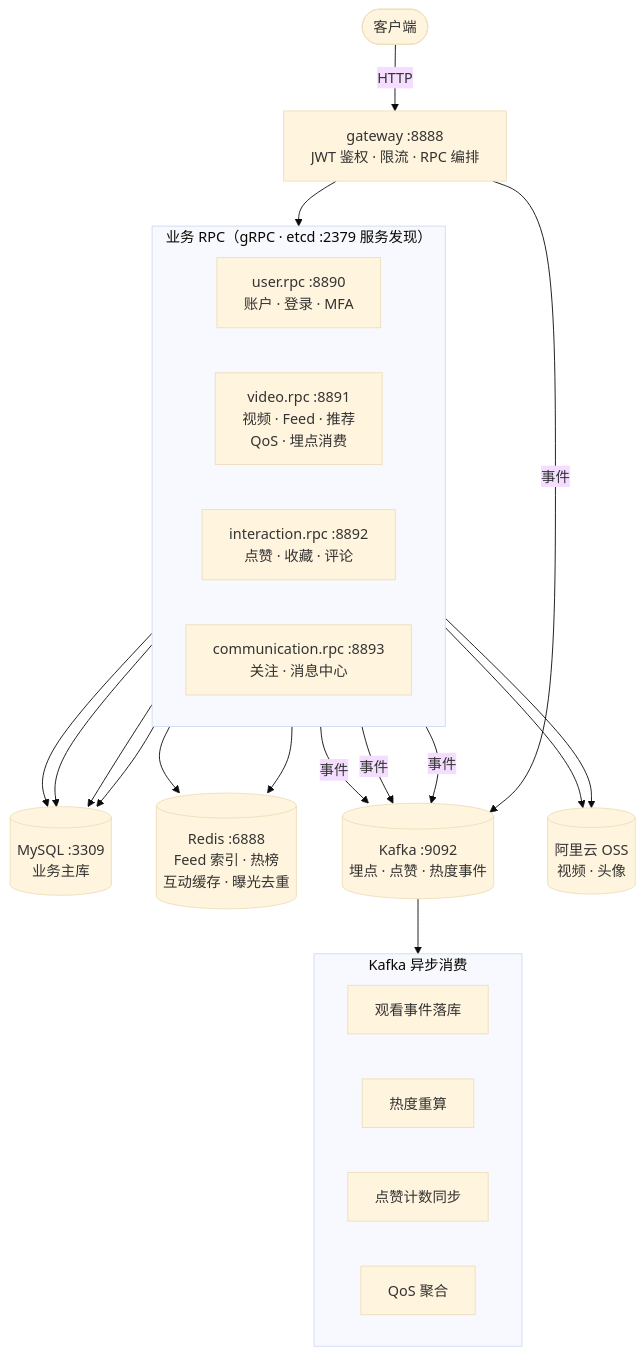
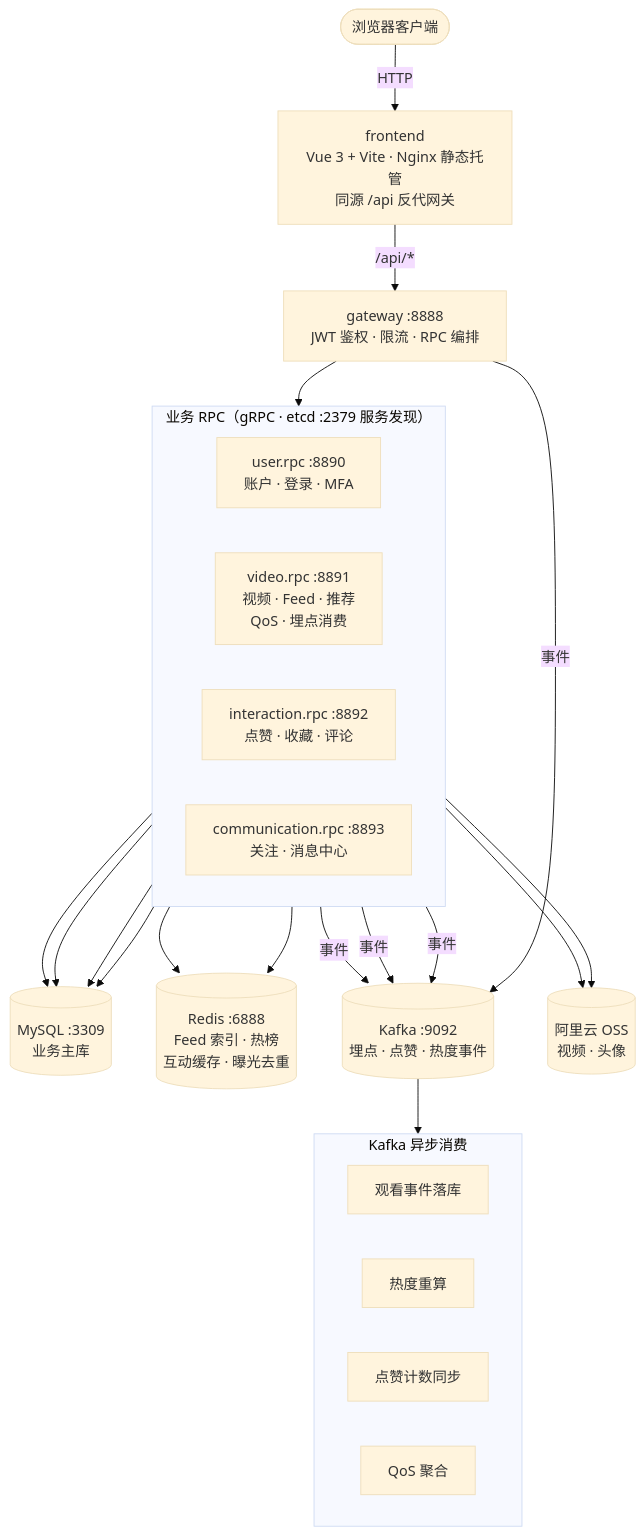
The first of 6 diagrams in README.md (CutebreadCat/go-zero-tiktok), drawn with Mermaid (base theme) before and after one commit. The commit also changed other lines of this file and 38 other files, not shown here.

````diff
--- a/README.md
+++ b/README.md
@@ -14,36 +14,39 @@
 ```mermaid
 flowchart TB
-    client(["客户端"])
+    client(["浏览器客户端"])
+
+    web["frontend<br/>Vue 3 + Vite · Nginx 静态托管<br/>同源 /api 反代网关"]
 
     gw["gateway :8888<br/>JWT 鉴权 · 限流 · RPC 编排"]
 
     subgraph rpcs["业务 RPC（gRPC · etcd :2379 服务发现）"]
         direction LR
         user["user.rpc :8890<br/>账户 · 登录 · MFA"]
         video["video.rpc :8891<br/>视频 · Feed · 推荐<br/>QoS · 埋点消费"]
         inter["interaction.rpc :8892<br/>点赞 · 收藏 · 评论"]
         comm["communication.rpc :8893<br/>关注 · 消息中心"]
     end
 
     mysql[("MySQL :3309<br/>业务主库")]
     redis[("Redis :6888<br/>Feed 索引 · 热榜<br/>互动缓存 · 曝光去重")]
     kafka[("Kafka :9092<br/>埋点 · 点赞 · 热度事件")]
     oss[("阿里云 OSS<br/>视频 · 头像")]
 
     subgraph consume["Kafka 异步消费"]
         direction LR
         c1["观看事件落库"]
         c2["热度重算"]
         c3["点赞计数同步"]
         c4["QoS 聚合"]
     end
 
-    client -- HTTP --> gw
+    client -- HTTP --> web
+    web -- "/api/*" --> gw
     gw --> rpcs
 
     user & video & inter & comm --> mysql
     video & inter --> redis
     user & video --> oss
     gw & video & inter & comm -- "事件" --> kafka
     kafka --> consume
 ```
````
